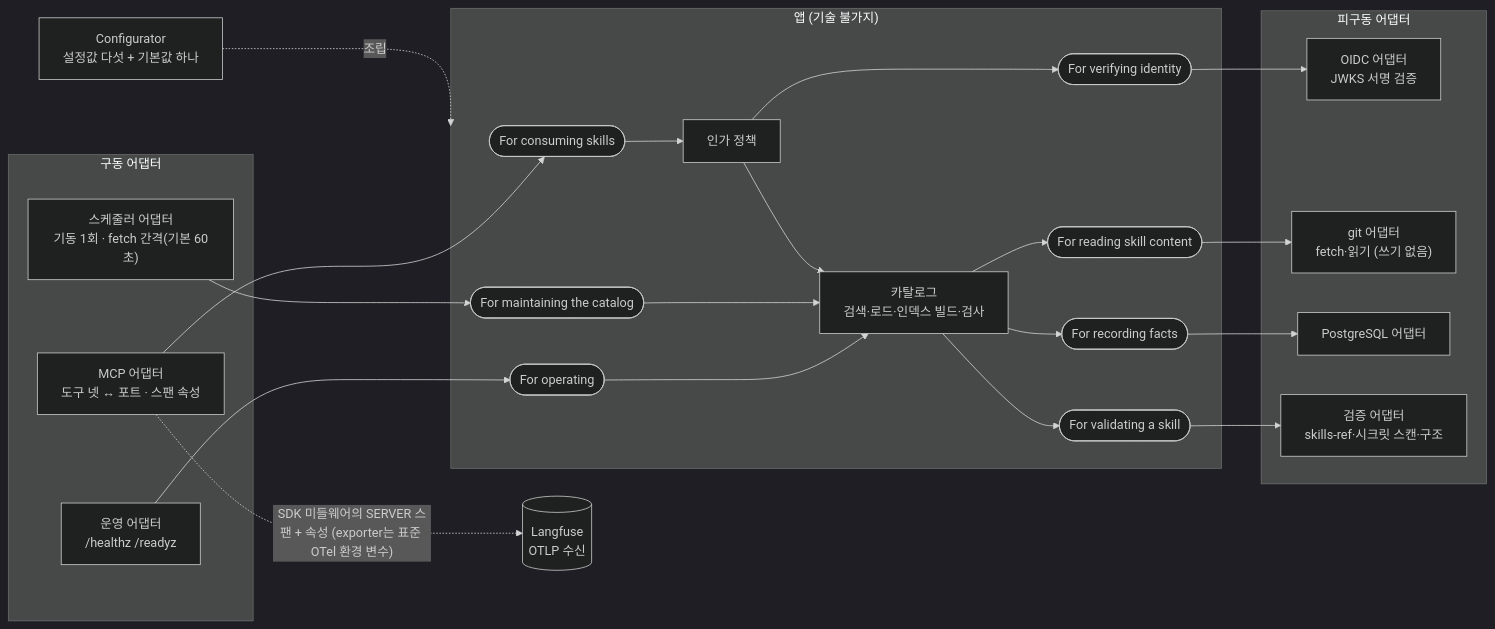
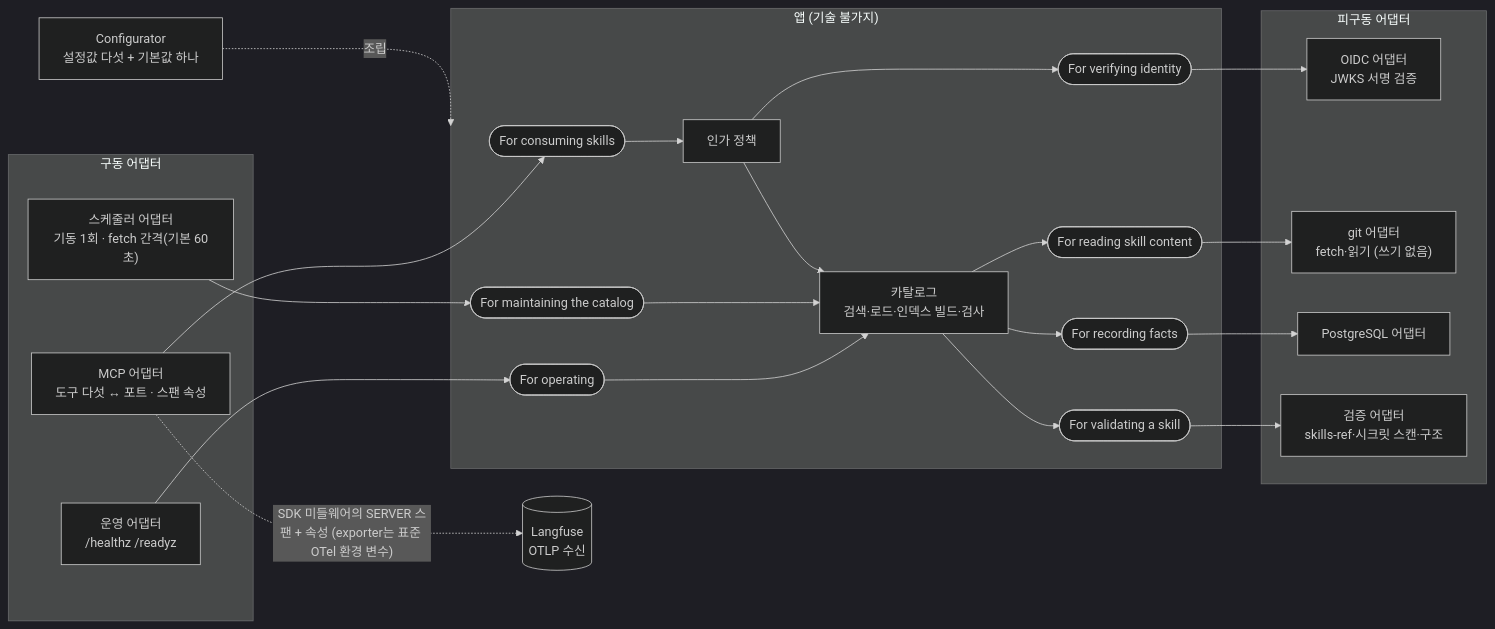
One commit to alteralab/harness-catalog changed the second of 4 diagrams in DESIGN.md. Above: the diagram before and after it, drawn with Mermaid (dark theme). The commit also changed other lines of this file and 19 other files, not shown here.

````diff
--- a/DESIGN.md
+++ b/DESIGN.md
@@ -86,44 +86,44 @@
 ```mermaid
 flowchart LR
     subgraph DRIVING["구동 어댑터"]
-        MCPA["MCP 어댑터<br/>도구 넷 ↔ 포트 · 스팬 속성"]
+        MCPA["MCP 어댑터<br/>도구 다섯 ↔ 포트 · 스팬 속성"]
         OPSA["운영 어댑터<br/>/healthz /readyz"]
         SCHED["스케줄러 어댑터<br/>기동 1회 · fetch 간격(기본 60초)"]
     end
     subgraph APP["앱 (기술 불가지)"]
         P1(["For consuming skills"])
         P3(["For operating"])
         P8(["For maintaining the catalog"])
         AUTHZ["인가 정책"]
         CATALOG["카탈로그<br/>검색·로드·인덱스 빌드·검사"]
         P4(["For verifying identity"])
         P5(["For reading skill content"])
         P6(["For recording facts"])
         P7(["For validating a skill"])
     end
     subgraph DRIVEN["피구동 어댑터"]
         OIDCA["OIDC 어댑터<br/>JWKS 서명 검증"]
         GITA["git 어댑터<br/>fetch·읽기 (쓰기 없음)"]
         PGA["PostgreSQL 어댑터"]
         VALA["검증 어댑터<br/>skills-ref·시크릿 스캔·구조"]
     end
     CONF["Configurator<br/>설정값 다섯 + 기본값 하나"]
     OTLP[("Langfuse<br/>OTLP 수신")]
     MCPA --> P1
     OPSA --> P3
     SCHED --> P8
     P3 --> CATALOG
     P8 --> CATALOG
     P1 --> AUTHZ
     AUTHZ --> CATALOG
     AUTHZ --> P4
     CATALOG --> P5
     CATALOG --> P6
     CATALOG --> P7
     P4 --> OIDCA
     P5 --> GITA
     P6 --> PGA
     P7 --> VALA
     CONF -. "조립" .-> APP
     MCPA -. "SDK 미들웨어의 SERVER 스팬 + 속성 (exporter는 표준 OTel 환경 변수)" .-> OTLP
 ```
````
